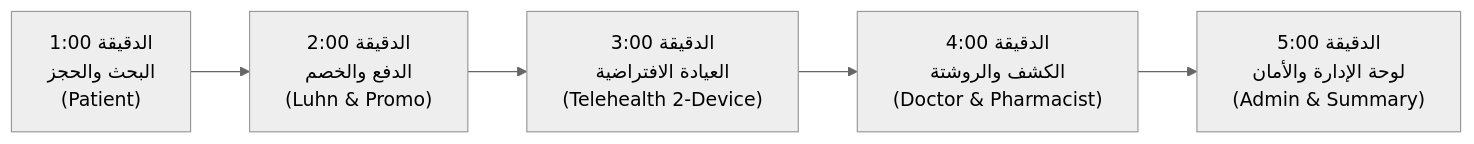
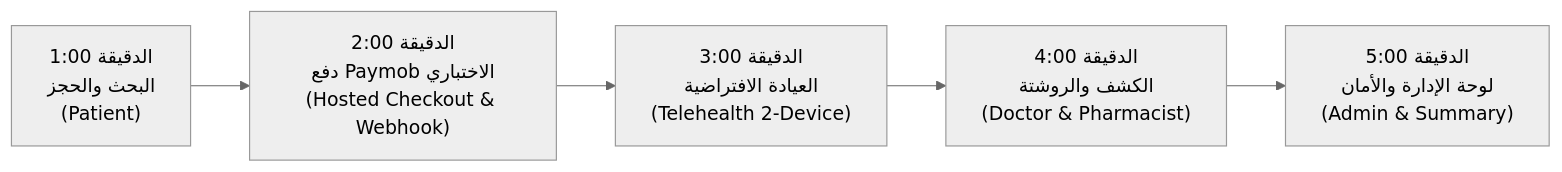
The diagram in docs/06-final/defense-guide-ar.md (foxelhadad812-design/MediCare), drawn with Mermaid (neutral theme) before and after one commit. The commit also changed other lines of this file and 7 other files, not shown here.

````diff
--- a/docs/06-final/defense-guide-ar.md
+++ b/docs/06-final/defense-guide-ar.md
@@ -43,7 +41,7 @@
 ```mermaid
 flowchart LR
-    D1["الدقيقة 1:00<br>البحث والحجز<br>(Patient)"] --> D2["الدقيقة 2:00<br>الدفع والخصم<br>(Luhn & Promo)"]
+    D1["الدقيقة 1:00<br>البحث والحجز<br>(Patient)"] --> D2["الدقيقة 2:00<br>دفع Paymob الاختباري<br>(Hosted Checkout & Webhook)"]
     D2 --> D3["الدقيقة 3:00<br>العيادة الافتراضية<br>(Telehealth 2-Device)"]
     D3 --> D4["الدقيقة 4:00<br>الكشف والروشتة<br>(Doctor & Pharmacist)"]
     D4 --> D5["الدقيقة 5:00<br>لوحة الإدارة والأمان<br>(Admin & Summary)"]
 ```
````
